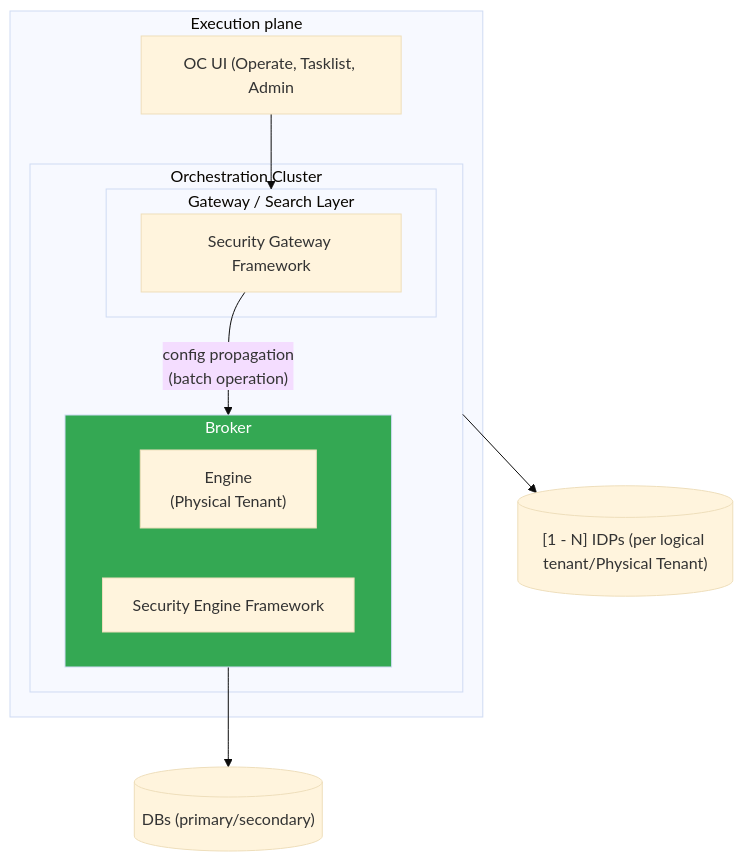
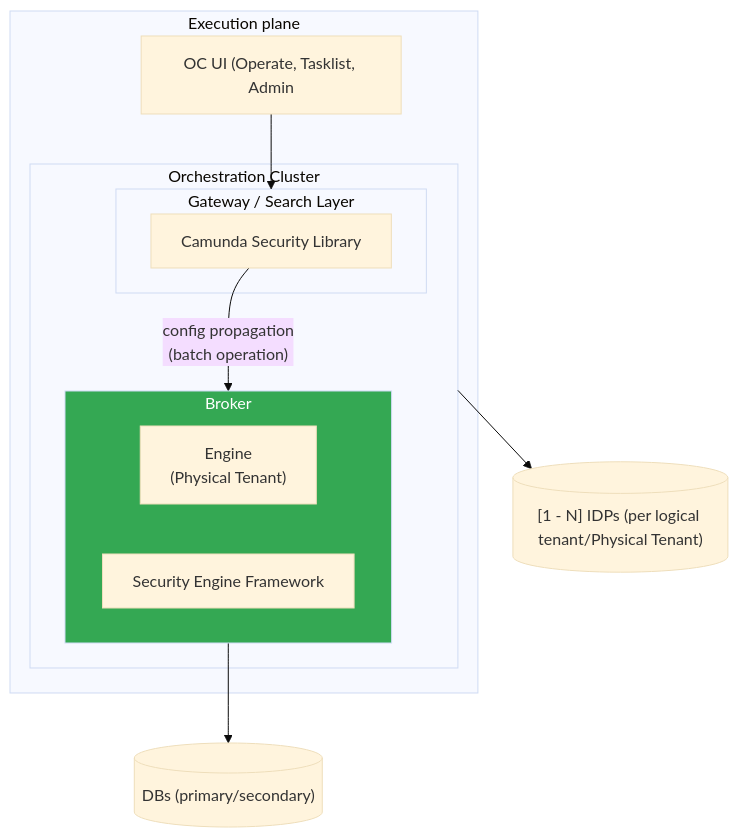
The sixth of 22 diagrams in docs/architecture_docs.md (camunda/camunda-security-library), drawn with Mermaid (base theme) before and after one commit. The commit also changed other lines of this file and 6 other files, not shown here.

````diff
--- a/docs/architecture_docs.md
+++ b/docs/architecture_docs.md
@@ -531,30 +529,30 @@
 ```mermaid
 flowchart TB
 
   subgraph Execution["Execution plane"]
     OcUi["OC UI (Operate, Tasklist, Admin"]
 
     subgraph OC["Orchestration Cluster"]
       subgraph GatewayLayer["Gateway / Search Layer"]
-        OCLib["Security Gateway Framework"]
+        OCLib["Camunda Security Library"]
       end
 
       subgraph Broker["Broker"]
         Engine["Engine</br>(Physical Tenant)"]
         EngLib["Security Engine Framework"]
       end
 
       OCLib -->|"config propagation</br>(batch operation)"| Broker
     end
   end
 
   OcUi --> GatewayLayer
 
   IdPs[("[1 - N] IDPs (per logical tenant/Physical Tenant)")]
   DBs[("DBs (primary/secondary)")]
 
   Broker --> DBs
   OC --> IdPs
 
   style Broker fill:#34a853,color:#fff
 ```
````
